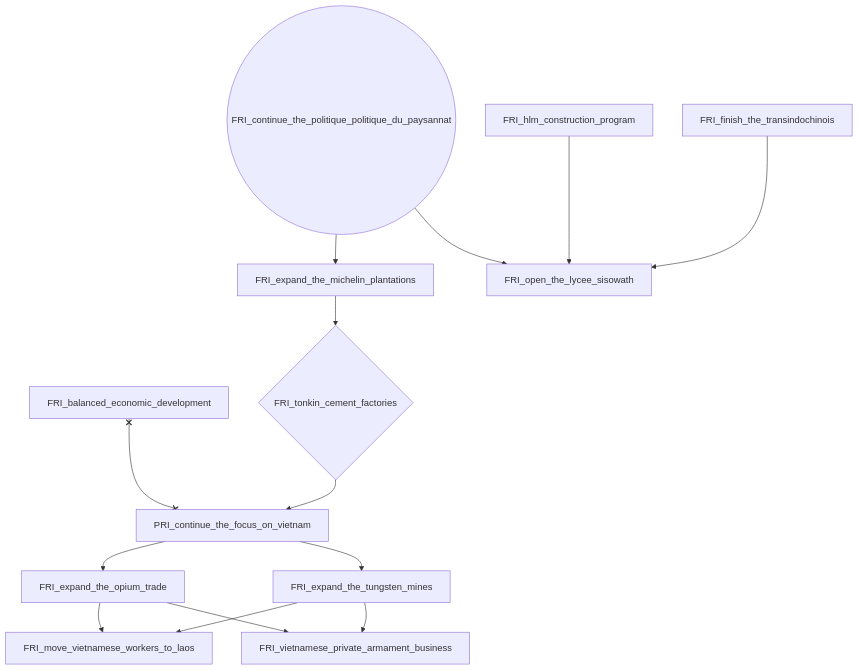
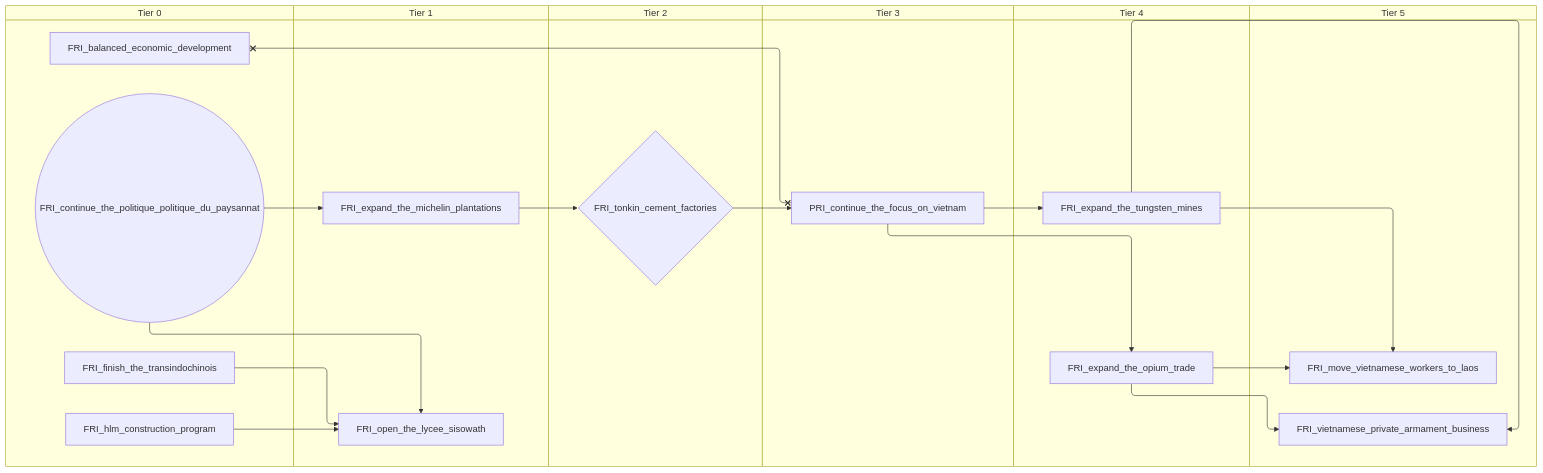
One commit to evgeny-sobol/hoi4-sandbox-mode-r56 changed the first of 6 diagrams in docs/gdd/National Focuses/FrenchIndochina.md. Above: the diagram before and after it, drawn with Mermaid. The commit also changed other lines of this file and 423 other files, not shown here.

First line of the commit message:
Re-export Rt56 focus trees as swimlane diagrams

````diff
--- a/docs/gdd/National Focuses/FrenchIndochina.md
+++ b/docs/gdd/National Focuses/FrenchIndochina.md
@@ -3,28 +3,40 @@
 ```mermaid
-flowchart TD
-    n1["FRI_balanced_economic_development"]
-    n2(("FRI_continue_the_politique_politique_du_paysannat"))
-    n3["FRI_expand_the_michelin_plantations"]
-    n4["FRI_expand_the_opium_trade"]
-    n5["FRI_expand_the_tungsten_mines"]
-    n6["FRI_finish_the_transindochinois"]
-    n7["FRI_hlm_construction_program"]
-    n8["FRI_move_vietnamese_workers_to_laos"]
-    n9["FRI_open_the_lycee_sisowath"]
-    n10{"FRI_tonkin_cement_factories"}
-    n11["FRI_vietnamese_private_armament_business"]
-    n12["PRI_continue_the_focus_on_vietnam"]
-    n2 --> n3
-    n12 --> n4
-    n12 --> n5
-    n4 --> n8
-    n5 --> n8
-    n2 --> n9
-    n7 --> n9
-    n6 --> n9
-    n3 --> n10
-    n5 --> n11
-    n4 --> n11
+swimlane-beta TD
+    subgraph tier_0["Tier 0"]
+        n1["FRI_balanced_economic_development"]
+        n2(("FRI_continue_the_politique_politique_du_paysannat"))
+        n3["FRI_finish_the_transindochinois"]
+        n4["FRI_hlm_construction_program"]
+    end
+    subgraph tier_1["Tier 1"]
+        n5["FRI_expand_the_michelin_plantations"]
+        n6["FRI_open_the_lycee_sisowath"]
+    end
+    subgraph tier_2["Tier 2"]
+        n7{"FRI_tonkin_cement_factories"}
+    end
+    subgraph tier_3["Tier 3"]
+        n8["PRI_continue_the_focus_on_vietnam"]
+    end
+    subgraph tier_4["Tier 4"]
+        n9["FRI_expand_the_opium_trade"]
+        n10["FRI_expand_the_tungsten_mines"]
+    end
+    subgraph tier_5["Tier 5"]
+        n11["FRI_move_vietnamese_workers_to_laos"]
+        n12["FRI_vietnamese_private_armament_business"]
+    end
+    n2 --> n5
+    n8 --> n9
+    n8 --> n10
+    n9 --> n11
+    n10 --> n11
+    n2 --> n6
+    n4 --> n6
+    n3 --> n6
+    n5 --> n7
     n10 --> n12
-    n1 x--x n12
+    n9 --> n12
+    n7 --> n8
+    n1 x--x n8
 ```
````
